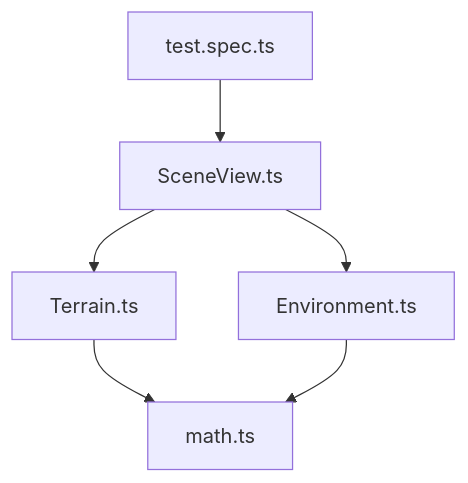
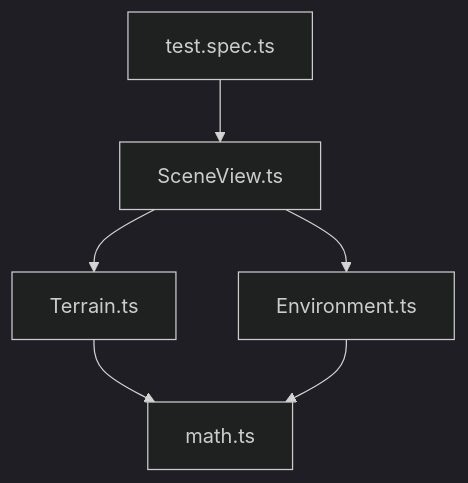
One commit to nick-romano/dev-tech-summit-presentations changed the first of 5 diagrams in 2025/under-the-hood/pages/2.1.jenkins-to-gha.md. Above: the diagram before and after it, drawn with Mermaid. The commit also changed other lines of this file, not shown here.

Commit message:
Clarify diagrams

````diff
--- a/2025/under-the-hood/pages/2.1.jenkins-to-gha.md
+++ b/2025/under-the-hood/pages/2.1.jenkins-to-gha.md
@@ -129,8 +129,9 @@
 ```mermaid
+%%{init: {'theme':'dark'}}%%
 graph TD
   test.spec.ts --> SceneView.ts
   SceneView.ts --> Terrain.ts
   SceneView.ts --> Environment.ts
   Terrain.ts --> math.ts
   Environment.ts --> math.ts
 ```
````
